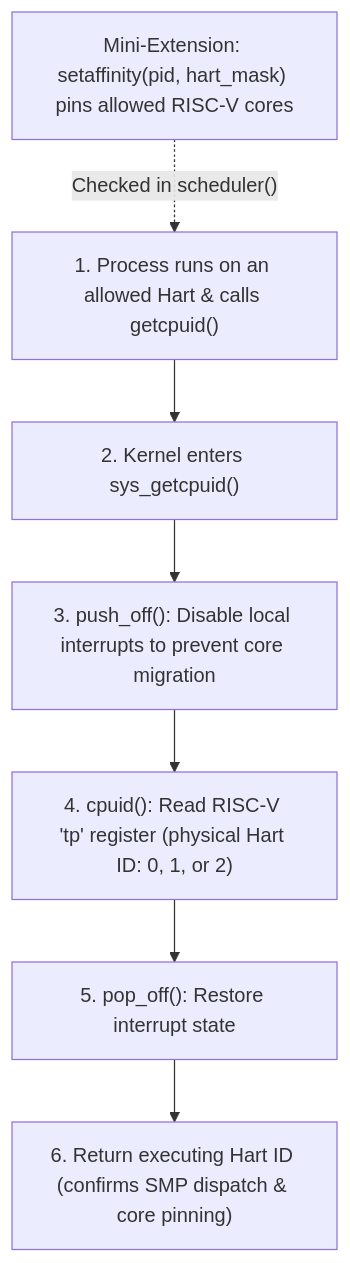
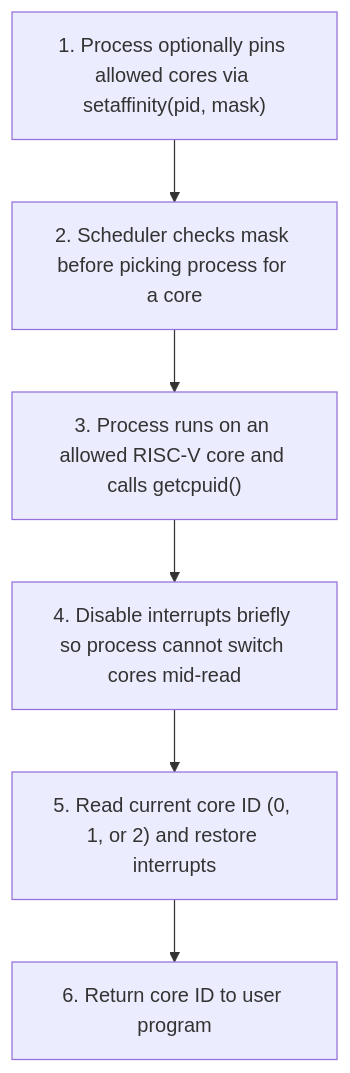
Diagram 15 of 21 in README.md (asbahkhan67-ctrl/xv6-riscv), drawn with Mermaid before and after one commit. The commit also changed other lines of this file and 27 other files, not shown here.

````diff
--- a/README.md
+++ b/README.md
@@ -893,9 +922,8 @@
 ```mermaid
 flowchart TD
-    AFF["Mini-Extension: setaffinity(pid, hart_mask) pins allowed RISC-V cores"] -. "Checked in scheduler()" .-> U
-    U["1. Process runs on an allowed Hart & calls getcpuid()"] --> K1["2. Kernel enters sys_getcpuid()"]
-    K1 --> K2["3. push_off(): Disable local interrupts to prevent core migration"]
-    K2 --> K3["4. cpuid(): Read RISC-V 'tp' register (physical Hart ID: 0, 1, or 2)"]
-    K3 --> K4["5. pop_off(): Restore interrupt state"]
-    K4 --> U2["6. Return executing Hart ID (confirms SMP dispatch & core pinning)"]
+    A["1. Process optionally pins allowed cores via setaffinity(pid, mask)"] --> B["2. Scheduler checks mask before picking process for a core"]
+    B --> C["3. Process runs on an allowed RISC-V core and calls getcpuid()"]
+    C --> D["4. Disable interrupts briefly so process cannot switch cores mid-read"]
+    D --> E["5. Read current core ID (0, 1, or 2) and restore interrupts"]
+    E --> F["6. Return core ID to user program"]
 ```
````
